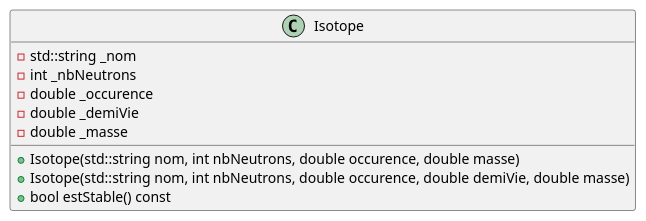
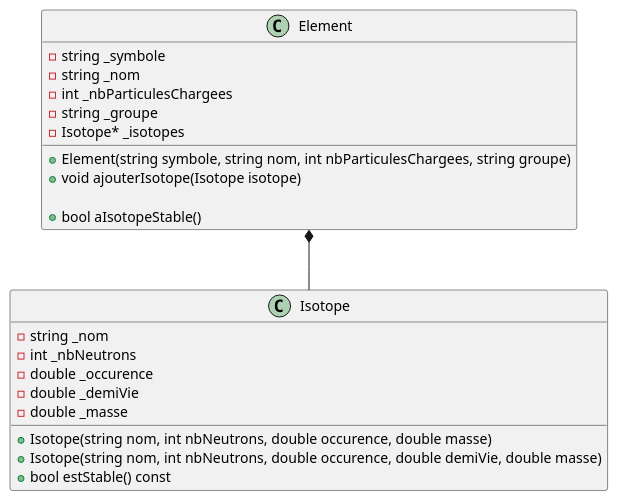
The second of 2 diagrams in laboratoires/lab03-poo2/consignes/lab03.md (plbrault/420-SF2-RE), drawn with PlantUML before and after one commit. The commit also changed other lines of this file, not shown here.

Commit message:
Correction d'erreurs

````diff
--- a/laboratoires/lab03-poo2/consignes/lab03.md
+++ b/laboratoires/lab03-poo2/consignes/lab03.md
@@ -654,30 +654,32 @@
 ```plantuml
-Element *-- Isotope
+@startuml
 
 class Element {
+    - string _symbole
+    - string _nom
     - int _nbParticulesChargees
-    - std::string _groupe
-    - std::string _symbole
+    - string _groupe
     - Isotope* _isotopes
 
-    + Element(std::string symbole, int nbParticulesChargees, std::string groupe)
+    + Element(string symbole, string nom, int nbParticulesChargees, string groupe)
     + void ajouterIsotope(Isotope isotope)
 
     + bool aIsotopeStable()
 }
 
-@startuml
 class Isotope {
-    - std::string _nom
+    - string _nom
     - int _nbNeutrons
     - double _occurence
     - double _demiVie
     - double _masse
 
-    + Isotope(std::string nom, int nbNeutrons, double occurence, double masse)
-    + Isotope(std::string nom, int nbNeutrons, double occurence, double demiVie, double masse)
+    + Isotope(string nom, int nbNeutrons, double occurence, double masse)
+    + Isotope(string nom, int nbNeutrons, double occurence, double demiVie, double masse)
     + bool estStable() const
 }
 
+Element *-- Isotope
+
 @enduml
 ```
````
